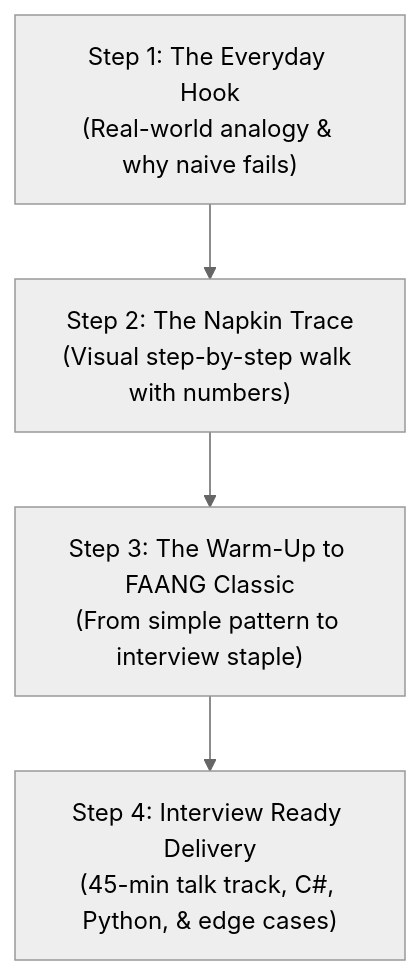
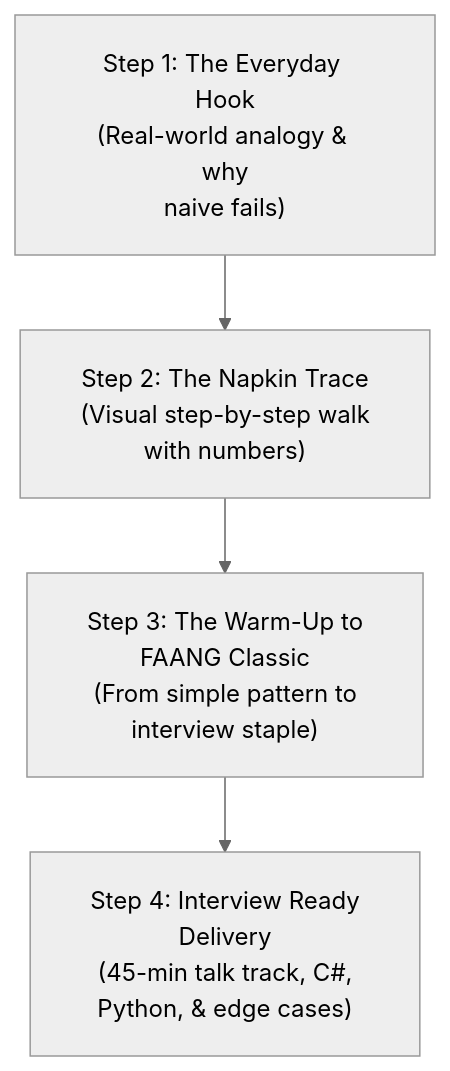
The first of 2 diagrams in .agents/skills/dsa-pedagogy-verifier/SKILL.md (dip4k/DSA_102), drawn with Mermaid (neutral theme) before and after one commit. The commit also changed other lines of this file and 108 other files, not shown here.

First line of the commit message:
fix(mermaid): resolve diagram clipping, padding, and syntax issues across repo

````diff
--- a/.agents/skills/dsa-pedagogy-verifier/SKILL.md
+++ b/.agents/skills/dsa-pedagogy-verifier/SKILL.md
@@ -53,8 +53,9 @@
 ```mermaid
+%%{init: {"flowchart": {"htmlLabels": true, "padding": 20}}}%%
 flowchart TD
-    Step1["Step 1: The Everyday Hook<br/>(Real-world analogy & why naive fails)"]
-    Step2["Step 2: The Napkin Trace<br/>(Visual step-by-step walk with numbers)"]
-    Step3["Step 3: The Warm-Up to FAANG Classic<br/>(From simple pattern to interview staple)"]
-    Step4["Step 4: Interview Ready Delivery<br/>(45-min talk track, C#, Python, & edge cases)"]
+    Step1["Step 1: The Everyday Hook<br/>(Real-world analogy & why<br/>naive fails)"]
+    Step2["Step 2: The Napkin Trace<br/>(Visual step-by-step walk<br/>with numbers)"]
+    Step3["Step 3: The Warm-Up to<br/>FAANG Classic<br/>(From simple pattern to<br/>interview staple)"]
+    Step4["Step 4: Interview Ready<br/>Delivery<br/>(45-min talk track, C#,<br/>Python, & edge cases)"]
     Step1 --> Step2 --> Step3 --> Step4
 ```
````
